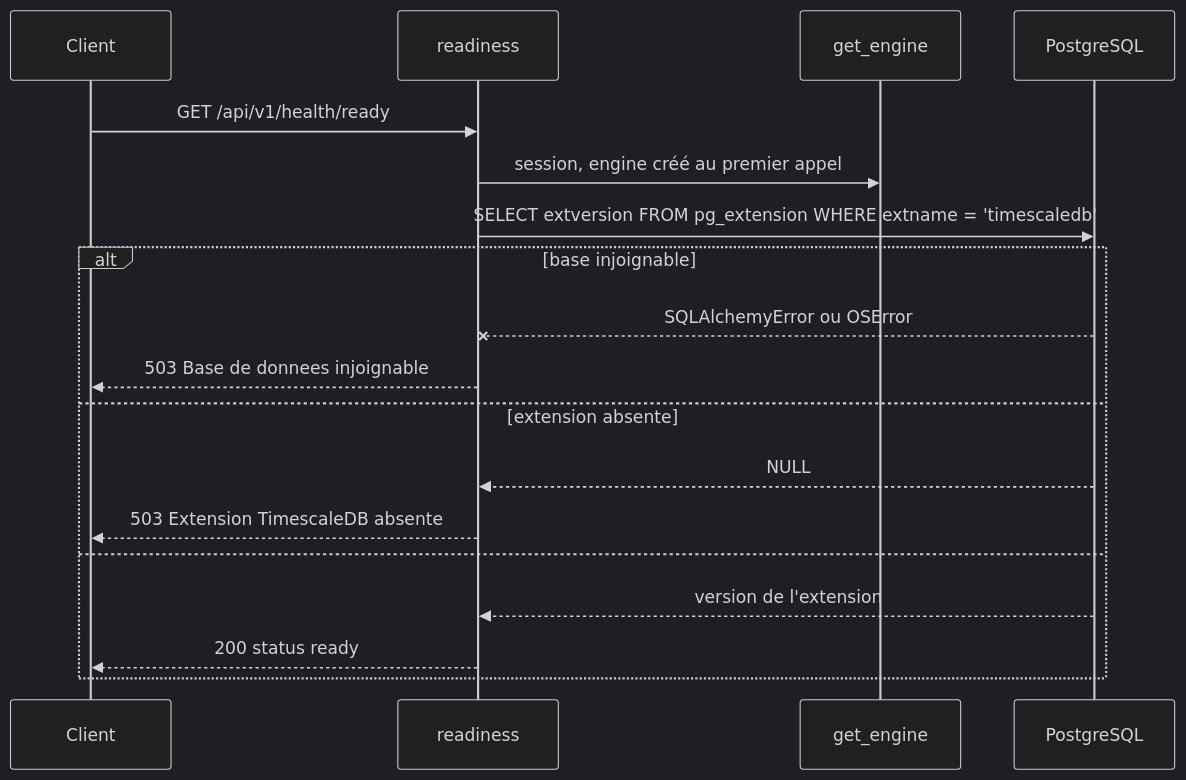
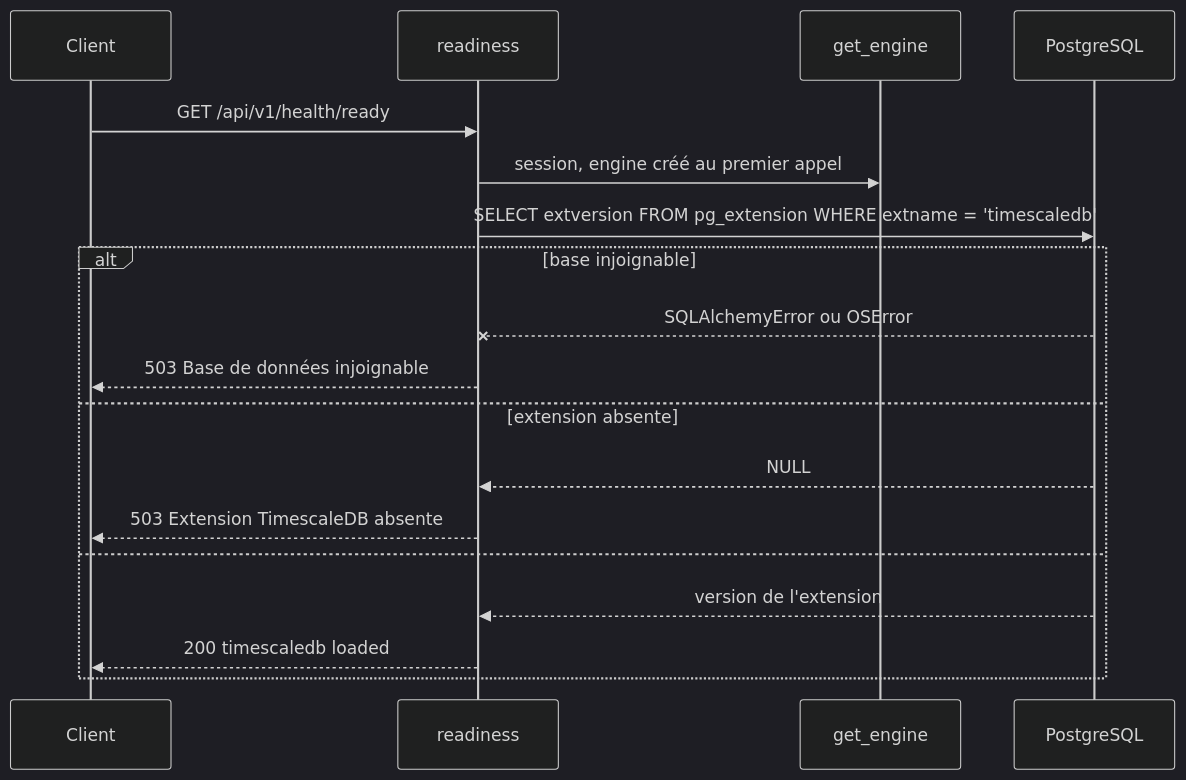
Before and after one commit to ineszang/ProjetPiscine_EnerVision: the third of 3 diagrams in docs/architecture/20-backend.md, drawn with Mermaid (dark theme). The commit also changed other lines of this file and 12 other files, not shown here.

````diff
--- a/docs/architecture/20-backend.md
+++ b/docs/architecture/20-backend.md
@@ -112,21 +163,21 @@
 ```mermaid
 sequenceDiagram
   participant C as Client
   participant R as readiness
   participant E as get_engine
   participant D as PostgreSQL
 
   C->>R: GET /api/v1/health/ready
   R->>E: session, engine créé au premier appel
   R->>D: SELECT extversion FROM pg_extension WHERE extname = 'timescaledb'
   alt base injoignable
     D--xR: SQLAlchemyError ou OSError
-    R-->>C: 503 Base de donnees injoignable
+    R-->>C: 503 Base de données injoignable
   else extension absente
     D-->>R: NULL
     R-->>C: 503 Extension TimescaleDB absente
   else
     D-->>R: version de l'extension
-    R-->>C: 200 status ready
+    R-->>C: 200 timescaledb loaded
   end
 ```
````
